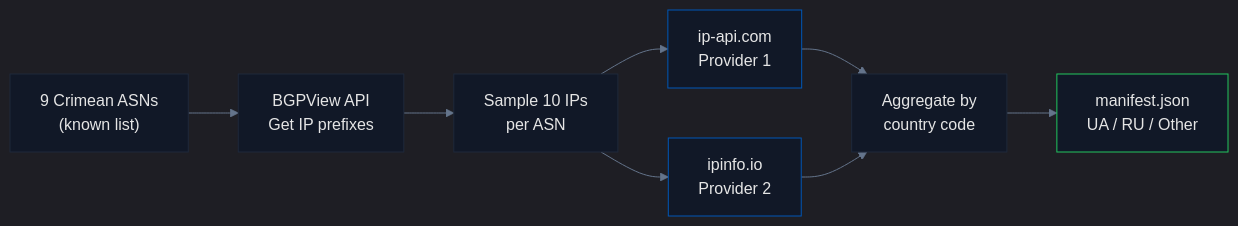
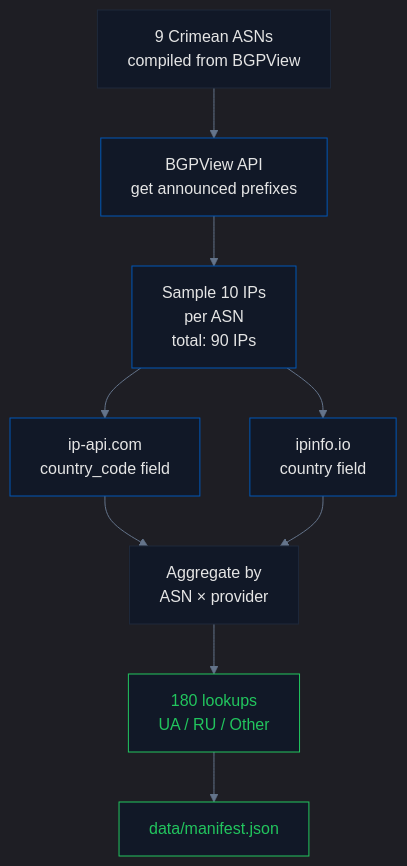
One commit to IvanDobrovolsky/crimeaisukraine changed the diagram in pipelines/ip/README.md. Above: the diagram before and after it, drawn with Mermaid. The commit also changed other lines of this file and 2 other files, not shown here.

````diff
--- a/pipelines/ip/README.md
+++ b/pipelines/ip/README.md
@@ -20,19 +51,21 @@
 ```mermaid
-%%{init: {'theme': 'dark', 'themeVariables': {'primaryColor': '#0057b7', 'secondaryColor': '#ffd700', 'primaryTextColor': '#e5e5e5', 'lineColor': '#64748b', 'primaryBorderColor': '#1e293b', 'background': '#0a0e1a'}}}%%
-graph LR
-  A["9 Crimean ASNs<br/>(known list)"] --> B["BGPView API<br/>Get IP prefixes"]
-  B --> C["Sample 10 IPs<br/>per ASN"]
-  C --> D["ip-api.com<br/>Provider 1"]
-  C --> E["ipinfo.io<br/>Provider 2"]
-  D --> F["Aggregate by<br/>country code"]
-  E --> F
-  F --> G["manifest.json<br/>UA / RU / Other"]
+%%{init: {'theme': 'dark', 'themeVariables': {'primaryColor': '#0057b7', 'primaryTextColor': '#e5e5e5', 'lineColor': '#64748b', 'primaryBorderColor': '#1e293b', 'secondaryColor': '#111827', 'tertiaryColor': '#0a0e1a'}}}%%
+graph TB
+    A["9 Crimean ASNs<br/>compiled from BGPView"] --> B["BGPView API<br/>get announced prefixes"]
+    B --> C["Sample 10 IPs<br/>per ASN<br/>total: 90 IPs"]
+    C --> D["ip-api.com<br/>country_code field"]
+    C --> E["ipinfo.io<br/>country field"]
+    D --> F["Aggregate by<br/>ASN × provider"]
+    E --> F
+    F --> G["180 lookups<br/>UA / RU / Other"]
+    G --> H["data/manifest.json"]
 
-  style A fill:#111827,stroke:#1e293b,color:#e5e5e5
-  style B fill:#111827,stroke:#1e293b,color:#e5e5e5
-  style C fill:#111827,stroke:#1e293b,color:#e5e5e5
-  style D fill:#111827,stroke:#0057b7,color:#e5e5e5
-  style E fill:#111827,stroke:#0057b7,color:#e5e5e5
-  style F fill:#111827,stroke:#1e293b,color:#e5e5e5
-  style G fill:#111827,stroke:#22c55e,color:#e5e5e5
+    style A fill:#111827,stroke:#1e293b,color:#e5e5e5
+    style B fill:#111827,stroke:#0057b7,color:#e5e5e5
+    style C fill:#111827,stroke:#0057b7,color:#e5e5e5
+    style D fill:#111827,stroke:#0057b7,color:#e5e5e5
+    style E fill:#111827,stroke:#0057b7,color:#e5e5e5
+    style F fill:#111827,stroke:#1e293b,color:#e5e5e5
+    style G fill:#111827,stroke:#22c55e,color:#22c55e
+    style H fill:#111827,stroke:#22c55e,color:#22c55e
 ```
````
